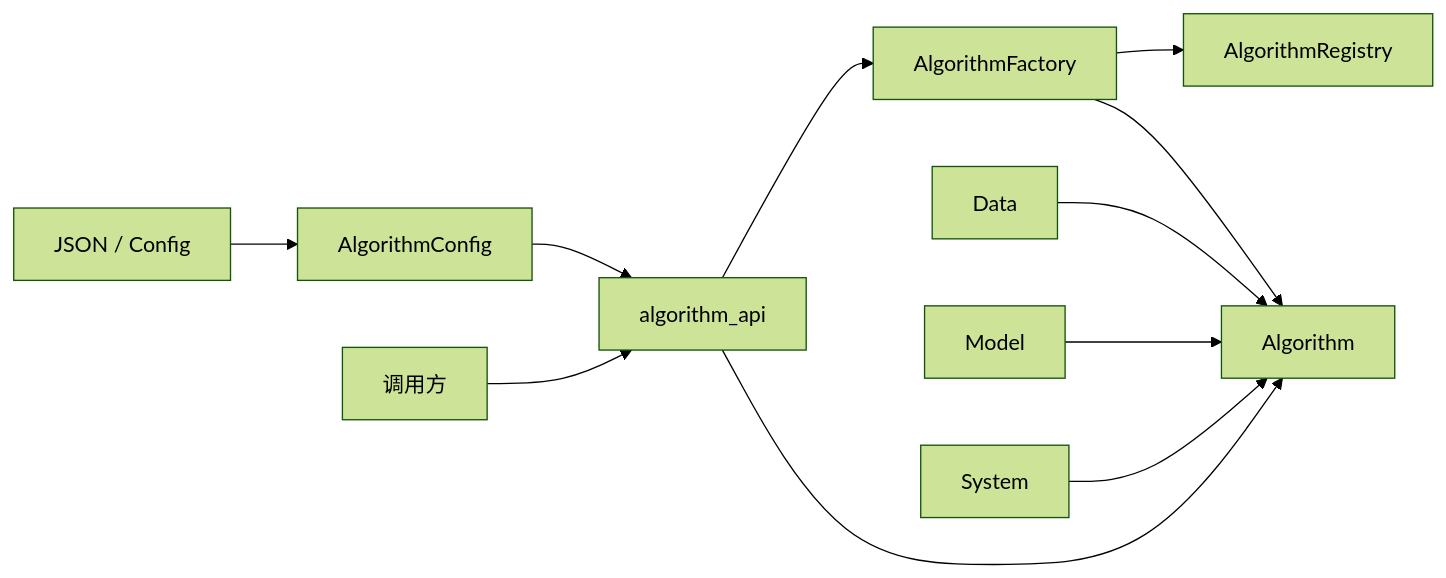
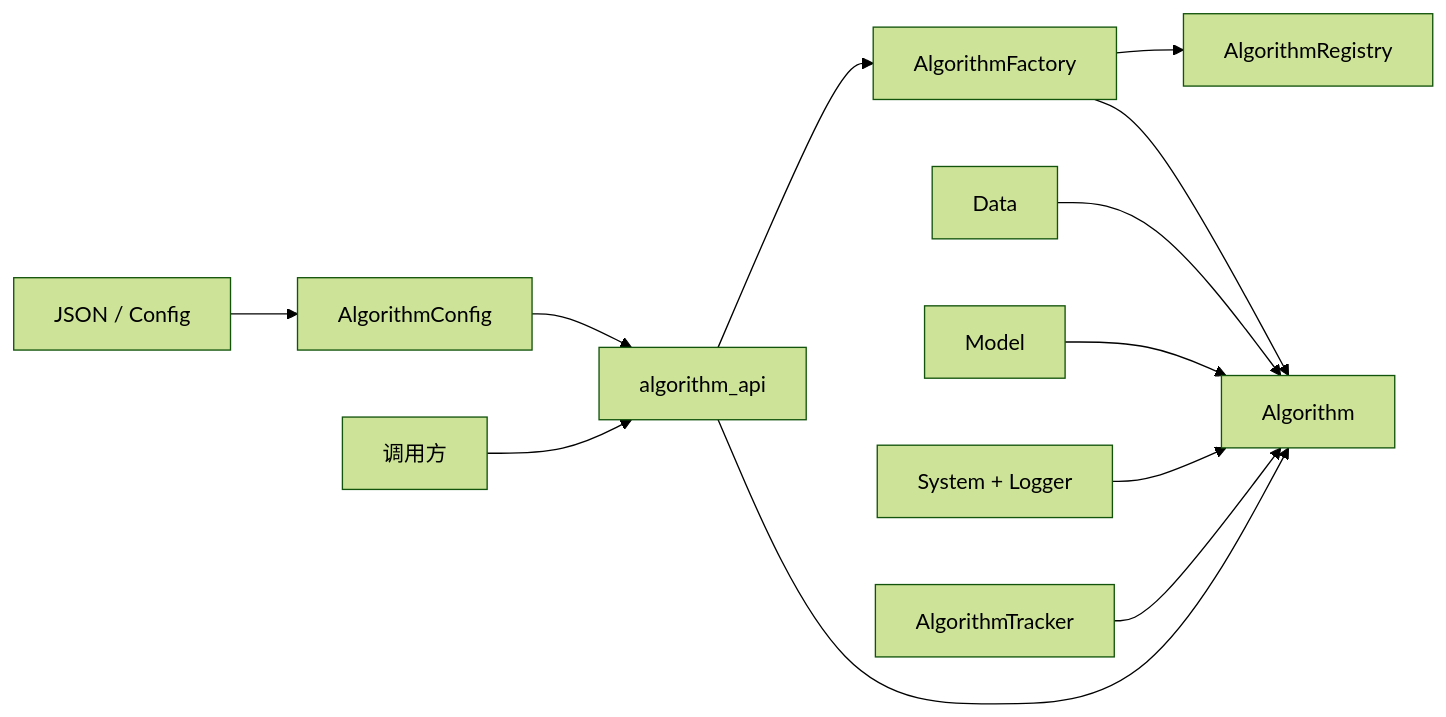
The third of 6 diagrams in docs/code_structure/structure.md (diaoenmao/RPipe), drawn with Mermaid (forest theme) before and after one commit. The commit also changed other lines of this file and 63 other files, not shown here.

Commit message:
Implement AlgorithmTracker and system Logger from the structure docs.

````diff
--- a/docs/code_structure/structure.md
+++ b/docs/code_structure/structure.md
@@ -363,24 +355,26 @@
 ```mermaid
 flowchart LR
   json["JSON / Config"]
   cfg["AlgorithmConfig"]
   api["algorithm_api"]
   factory["AlgorithmFactory"]
   registry["AlgorithmRegistry"]
   algo["Algorithm"]
   dataObj["Data"]
   modelObj["Model"]
-  systemObj["System"]
+  systemObj["System + Logger"]
+  tracker["AlgorithmTracker"]
   caller["调用方"]
 
   json --> cfg
   cfg --> api
   api --> factory
   factory --> registry
   factory --> algo
   dataObj --> algo
   modelObj --> algo
   systemObj --> algo
+  tracker --> algo
   caller --> api
   api --> algo
 ```
````
